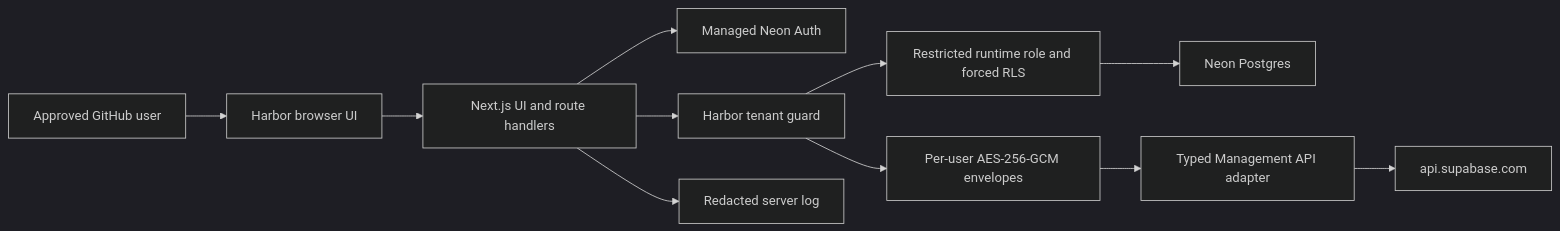
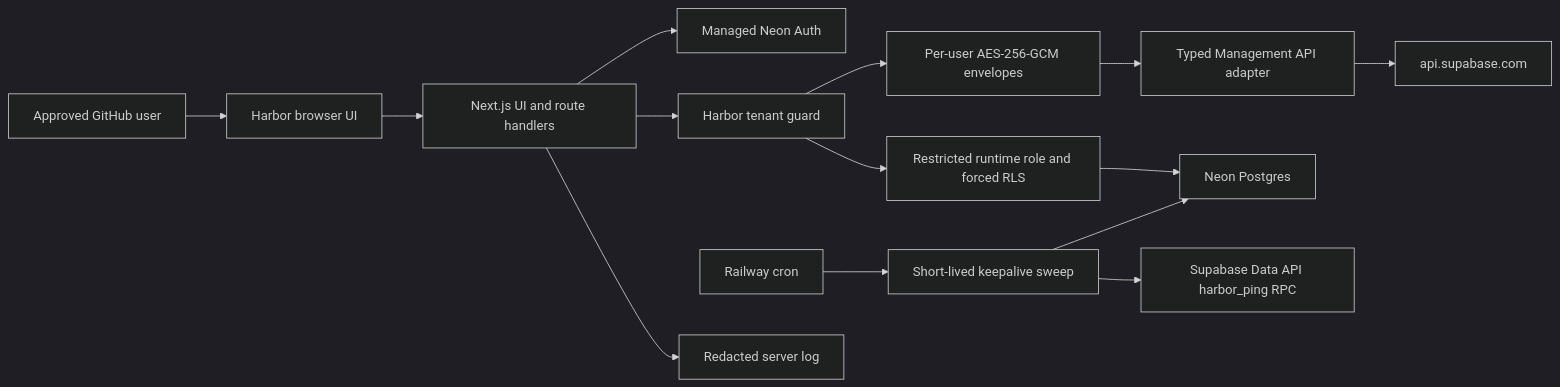
Before and after one commit to krishna0605/supabase-harbor: the diagram in docs/architecture.md, drawn with Mermaid (dark theme). The commit also changed other lines of this file and 5 other files, not shown here.

````diff
--- a/docs/architecture.md
+++ b/docs/architecture.md
@@ -3,13 +3,16 @@
 ```mermaid
 flowchart LR
   U["Approved GitHub user"] --> B["Harbor browser UI"]
   B --> N["Next.js UI and route handlers"]
   N --> A["Managed Neon Auth"]
   N --> G["Harbor tenant guard"]
   G --> C["Per-user AES-256-GCM envelopes"]
   G --> R["Restricted runtime role and forced RLS"]
   R --> D["Neon Postgres"]
   C --> M["Typed Management API adapter"]
   M --> SB["api.supabase.com"]
+  RC["Railway cron"] --> W["Short-lived keepalive sweep"]
+  W --> D
+  W --> DA["Supabase Data API harbor_ping RPC"]
   N --> L["Redacted server log"]
 ```
````
